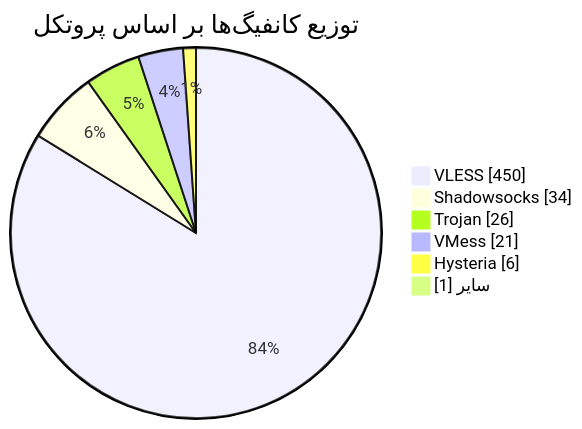
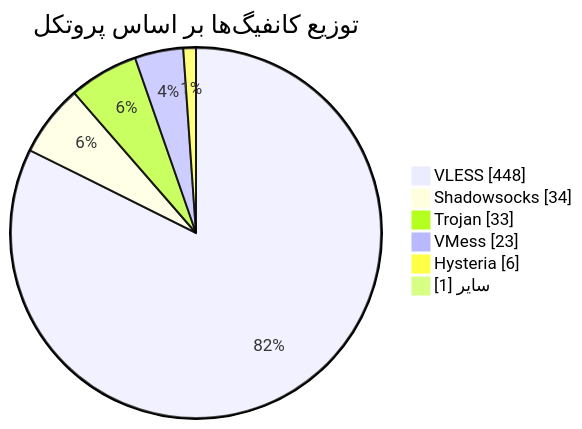
One commit to Arian-Alijani/Somthing changed the diagram in README.md. Above: the diagram before and after it, drawn with Mermaid. The commit also changed other lines of this file and 73 other files, not shown here.

````diff
--- a/README.md
+++ b/README.md
@@ -48,10 +48,10 @@
 ```mermaid
 pie showData
     title توزیع کانفیگ‌ها بر اساس پروتکل
-    "VLESS" : 450
+    "VLESS" : 448
     "Shadowsocks" : 34
-    "Trojan" : 26
-    "VMess" : 21
+    "Trojan" : 33
+    "VMess" : 23
     "Hysteria" : 6
     "سایر" : 1
 ```
````
